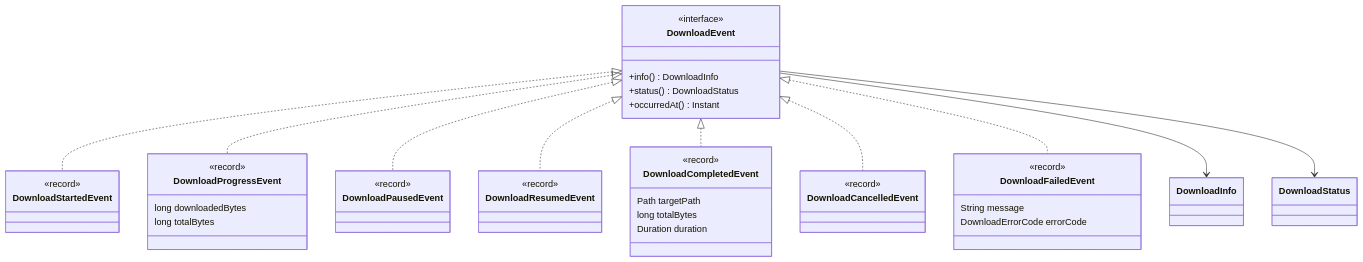
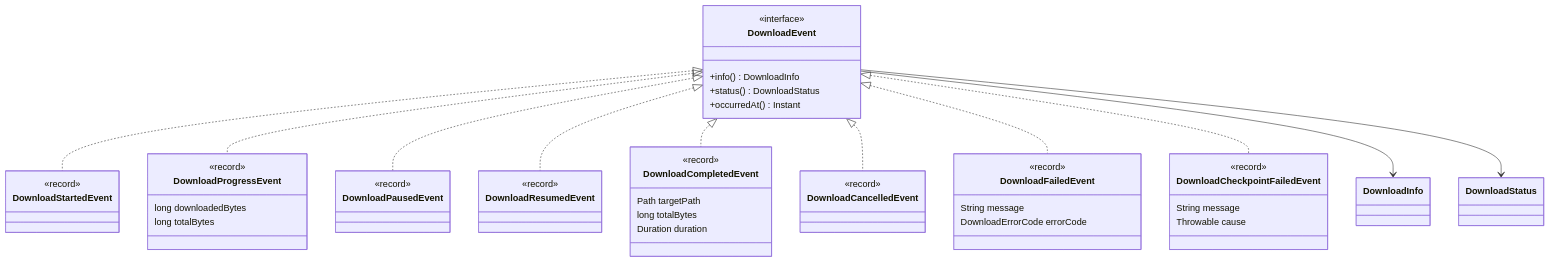
The second of 3 diagrams in docs/knowledge/architecture/class-model.md (jsanca/Katabasis), drawn with Mermaid before and after one commit. The commit also changed other lines of this file and 13 other files, not shown here.

Commit message:
K-KNOWLEDGE-CURATE-001: refresh architecture knowledge at f999777

````diff
--- a/docs/knowledge/architecture/class-model.md
+++ b/docs/knowledge/architecture/class-model.md
@@ -124,50 +156,48 @@
 ```mermaid
 classDiagram
     direction TB
 
     class DownloadEvent {
         <<interface>>
         +info() DownloadInfo
         +status() DownloadStatus
         +occurredAt() Instant
     }
 
-    class DownloadStartedEvent {
-        <<record>>
-    }
+    class DownloadStartedEvent { <<record>> }
     class DownloadProgressEvent {
         <<record>>
         long downloadedBytes
         long totalBytes
     }
-    class DownloadPausedEvent {
-        <<record>>
-    }
-    class DownloadResumedEvent {
-        <<record>>
-    }
+    class DownloadPausedEvent { <<record>> }
+    class DownloadResumedEvent { <<record>> }
     class DownloadCompletedEvent {
         <<record>>
         Path targetPath
         long totalBytes
         Duration duration
     }
-    class DownloadCancelledEvent {
-        <<record>>
-    }
+    class DownloadCancelledEvent { <<record>> }
     class DownloadFailedEvent {
         <<record>>
         String message
         DownloadErrorCode errorCode
+    }
+    class DownloadCheckpointFailedEvent {
+        <<record>>
+        String message
+        Throwable cause
     }
 
     DownloadEvent <|.. DownloadStartedEvent
     DownloadEvent <|.. DownloadProgressEvent
     DownloadEvent <|.. DownloadPausedEvent
     DownloadEvent <|.. DownloadResumedEvent
     DownloadEvent <|.. DownloadCompletedEvent
     DownloadEvent <|.. DownloadCancelledEvent
     DownloadEvent <|.. DownloadFailedEvent
+    DownloadEvent <|.. DownloadCheckpointFailedEvent
     DownloadEvent --> DownloadInfo
     DownloadEvent --> DownloadStatus
 ```
````
